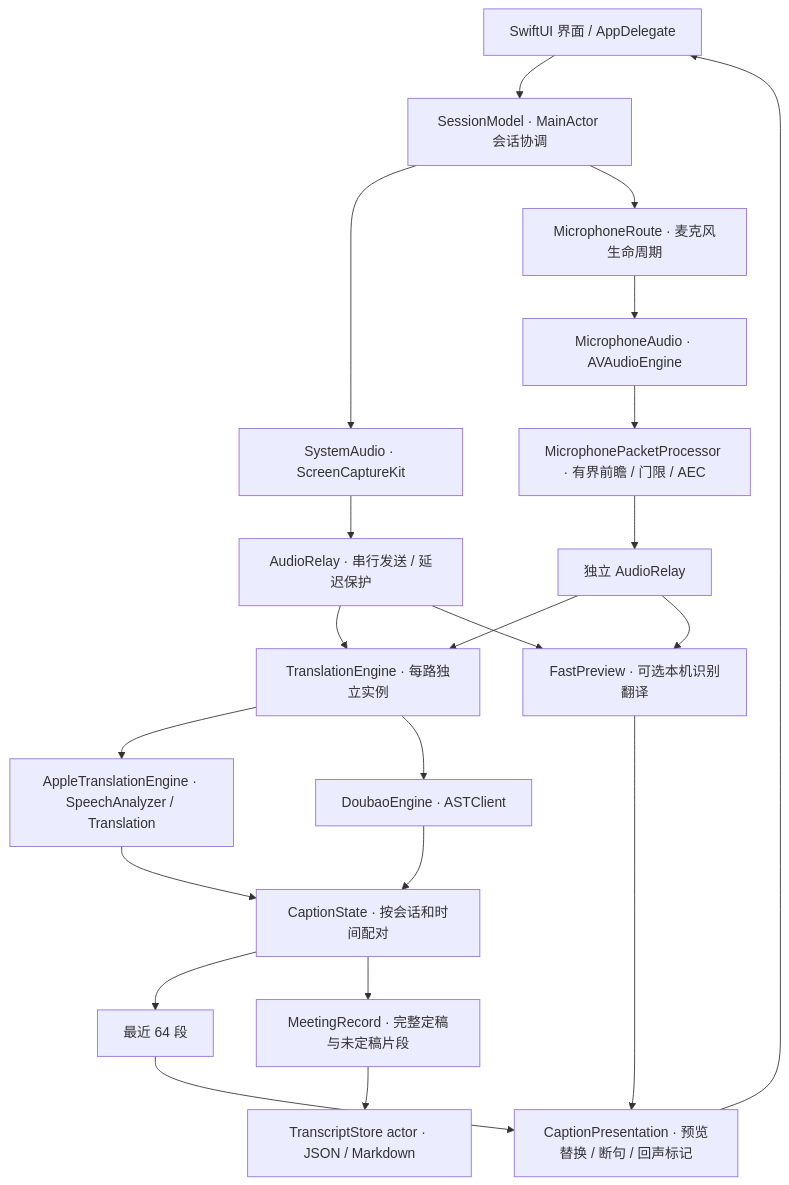
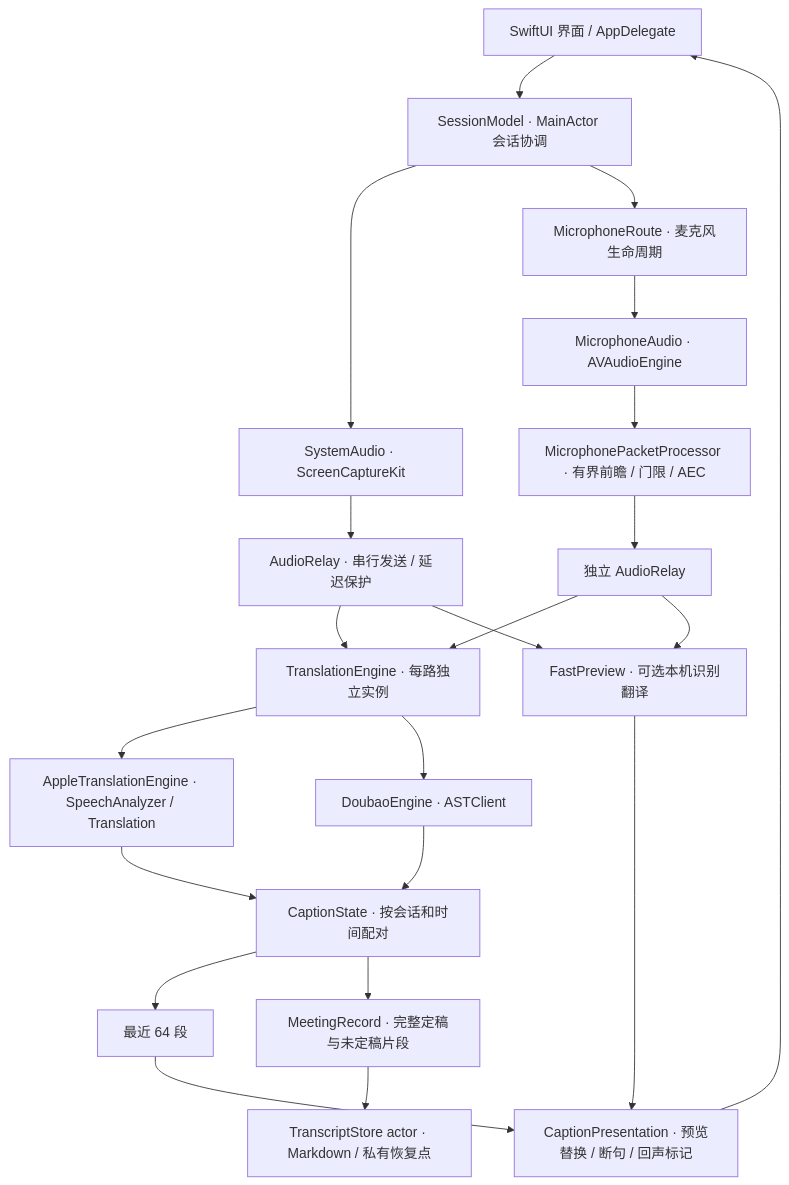
The diagram in docs/architecture.md (jinhan261/talkfloat), drawn with Mermaid before and after one commit. The commit also changed other lines of this file and 26 other files, not shown here.

````diff
--- a/docs/architecture.md
+++ b/docs/architecture.md
@@ -5,24 +5,24 @@
 ```mermaid
 flowchart TD
     UI[SwiftUI 界面 / AppDelegate] --> Session[SessionModel · MainActor 会话协调]
     System[SystemAudio · ScreenCaptureKit] --> Relay[AudioRelay · 串行发送 / 延迟保护]
     Mic[MicrophoneAudio · AVAudioEngine] --> Processor[MicrophonePacketProcessor · 有界前瞻 / 门限 / AEC]
     Processor --> MicRelay[独立 AudioRelay]
     Relay --> Engine[TranslationEngine · 每路独立实例]
     MicRelay --> Engine
     Engine --> Local[AppleTranslationEngine · SpeechAnalyzer / Translation]
     Engine --> AST[DoubaoEngine · ASTClient]
     Session --> System
     Session --> Route[MicrophoneRoute · 麦克风生命周期]
     Route --> Mic
     AST --> State[CaptionState · 按会话和时间配对]
     Local --> State
     State --> Recent[最近 64 段]
     Recent --> Presentation[CaptionPresentation · 预览替换 / 断句 / 回声标记]
     Presentation --> UI
     State --> Record[MeetingRecord · 完整定稿与未定稿片段]
-    Record --> Store[TranscriptStore actor · JSON / Markdown]
+    Record --> Store[TranscriptStore actor · Markdown / 私有恢复点]
     Relay --> Preview[FastPreview · 可选本机识别翻译]
     MicRelay --> Preview
     Preview --> Presentation
 ```
````
